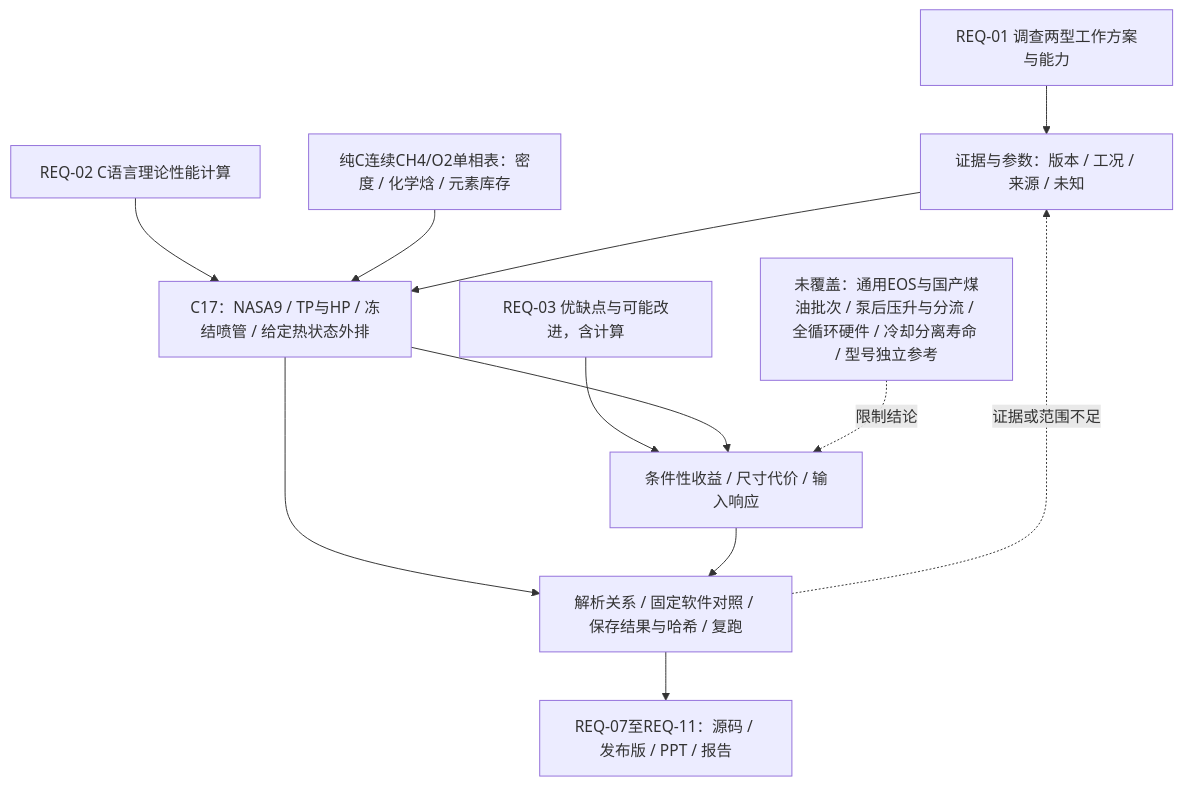
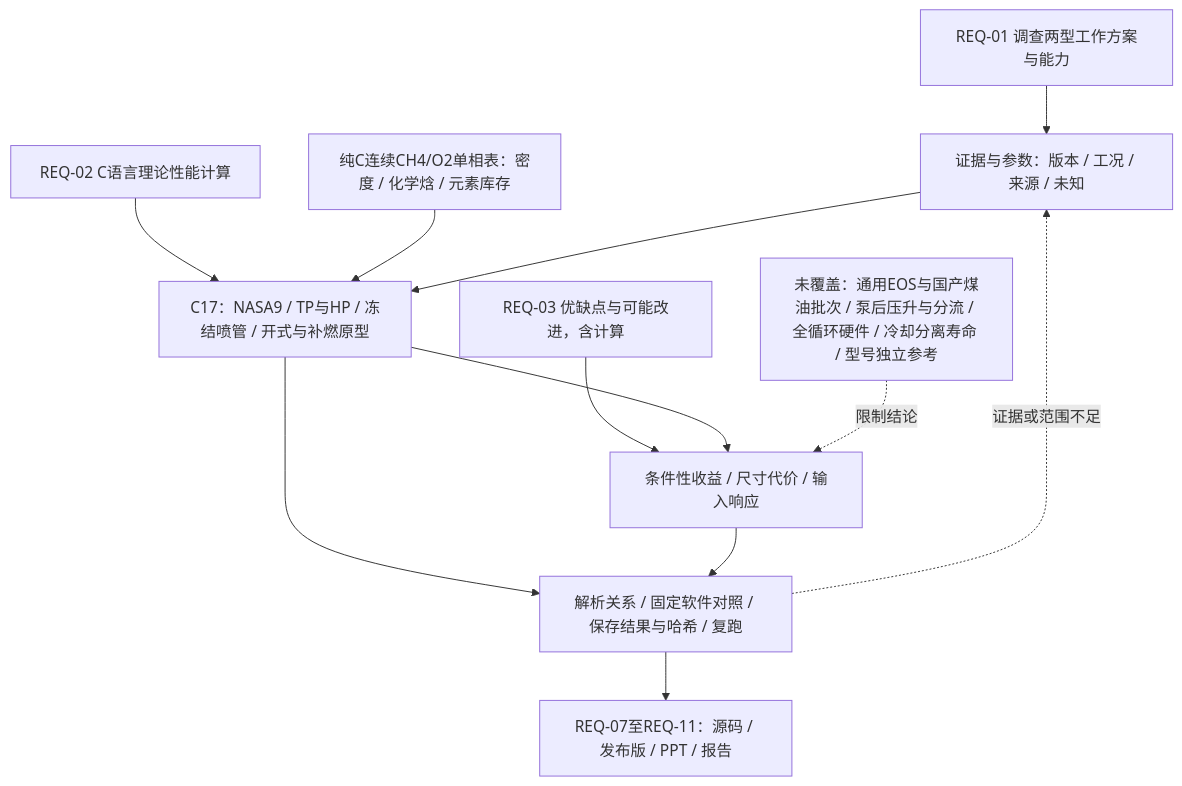
Before and after one commit to 2725238326/rocketperf-course-research: the diagram in docs/architecture/assignment.mmd, drawn with Mermaid. The commit also changed 229 other files, not shown here.

```diff
--- a/docs/architecture/assignment.mmd
+++ b/docs/architecture/assignment.mmd
@@ -1,11 +1,11 @@
 flowchart TD
   A[REQ-01 调查两型工作方案与能力] --> E[证据与参数：版本 / 工况 / 来源 / 未知]
-  B[REQ-02 C语言理论性能计算] --> C[C17：NASA9 / TP与HP / 冻结喷管 / 给定热状态外排]
+  B[REQ-02 C语言理论性能计算] --> C[C17：NASA9 / TP与HP / 冻结喷管 / 开式与补燃原型]
   L[纯C连续CH4/O2单相表：密度 / 化学焓 / 元素库存] --> C
   R[REQ-03 优缺点与可能改进，含计算] --> I[条件性收益 / 尺寸代价 / 输入响应]
   E --> C --> I
   C --> V[解析关系 / 固定软件对照 / 保存结果与哈希 / 复跑]
   I --> V
   V --> D[REQ-07至REQ-11：源码 / 发布版 / PPT / 报告]
   V -. 证据或范围不足 .-> E
   U[未覆盖：通用EOS与国产煤油批次 / 泵后压升与分流 / 全循环硬件 / 冷却分离寿命 / 型号独立参考] -. 限制结论 .-> I
```
